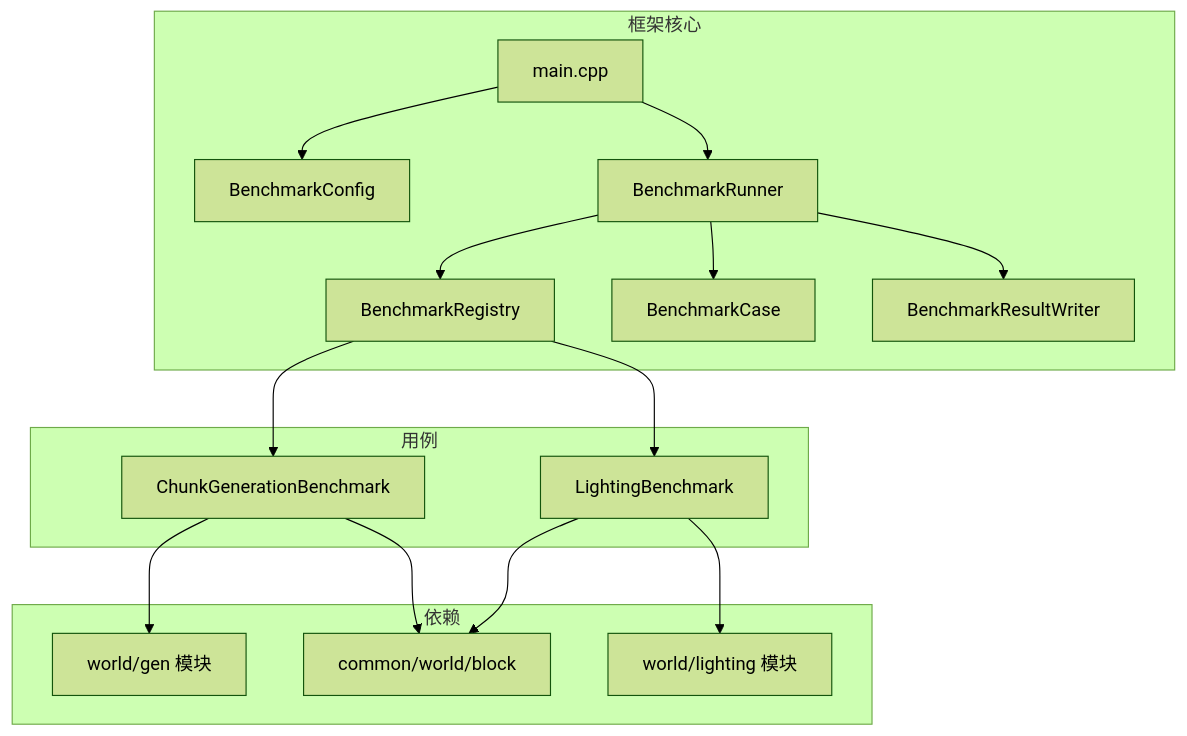
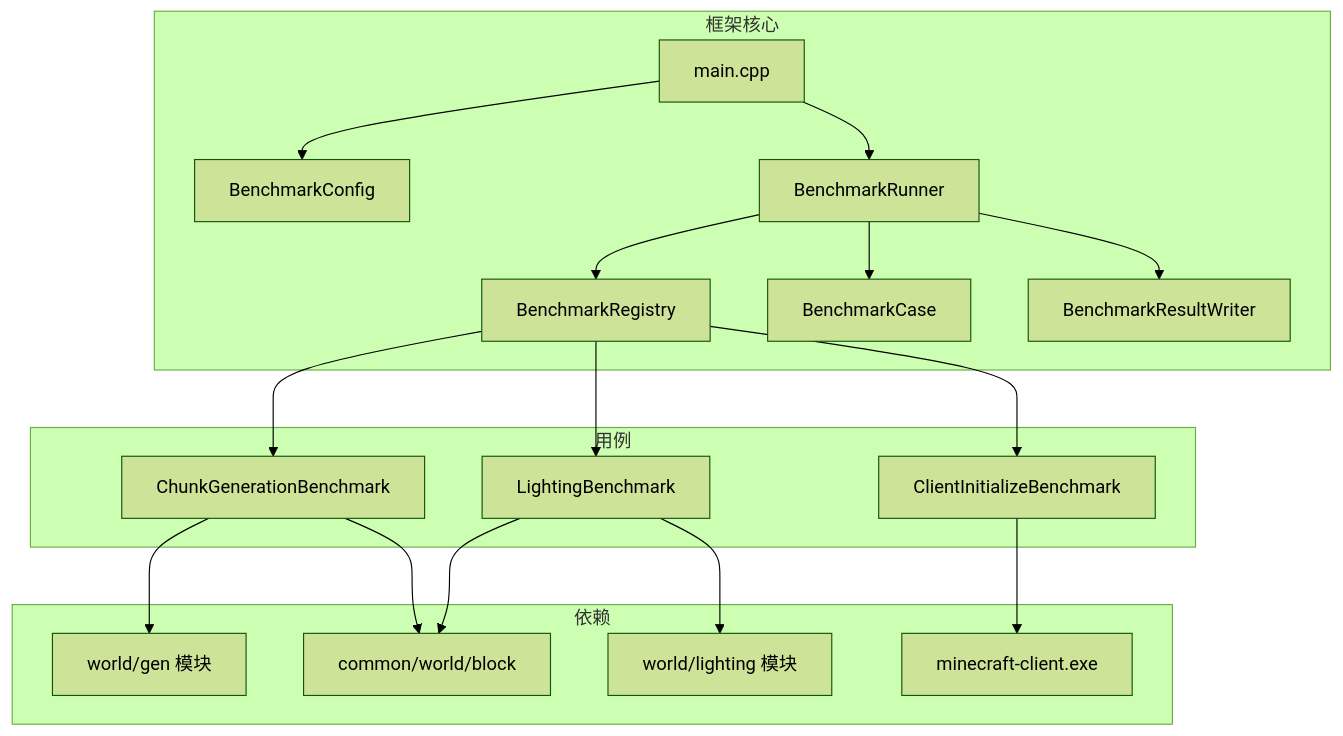
Before and after one commit to g122622/Cubium: the diagram in benchmark/README.md, drawn with Mermaid (forest theme). The commit also changed other lines of this file and 9 other files, not shown here.

````diff
--- a/benchmark/README.md
+++ b/benchmark/README.md
@@ -26,22 +27,24 @@
 ```mermaid
 flowchart TB
     subgraph 框架核心
         main[main.cpp] --> Config[BenchmarkConfig]
         main --> Runner[BenchmarkRunner]
         Runner --> Registry[BenchmarkRegistry]
         Runner --> Case[BenchmarkCase]
         Runner --> Writer[BenchmarkResultWriter]
     end
 
     subgraph 用例
         Registry --> ChunkGen[ChunkGenerationBenchmark]
         Registry --> Lighting[LightingBenchmark]
+        Registry --> ClientInit[ClientInitializeBenchmark]
     end
 
     subgraph 依赖
         ChunkGen --> WorldGen[world/gen 模块]
         ChunkGen --> VanillaBlocks[common/world/block]
         Lighting --> WorldLight[world/lighting 模块]
         Lighting --> VanillaBlocks
+        ClientInit --> ClientExe[minecraft-client.exe]
     end
 ```
````
